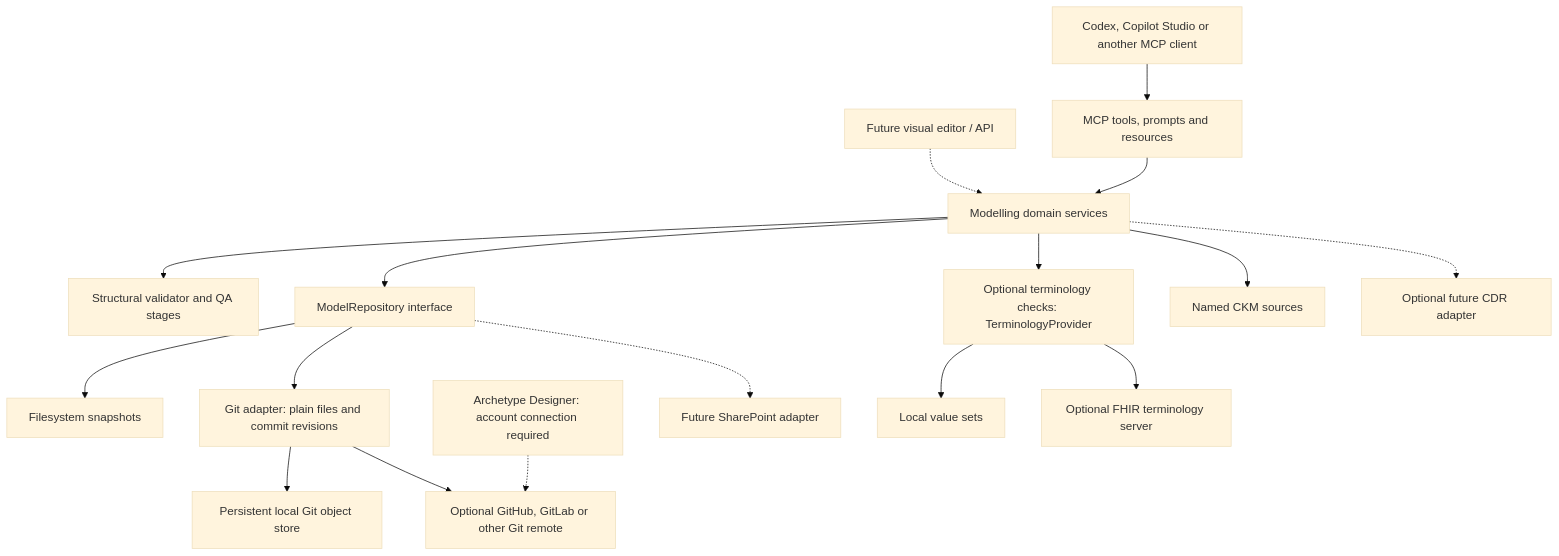
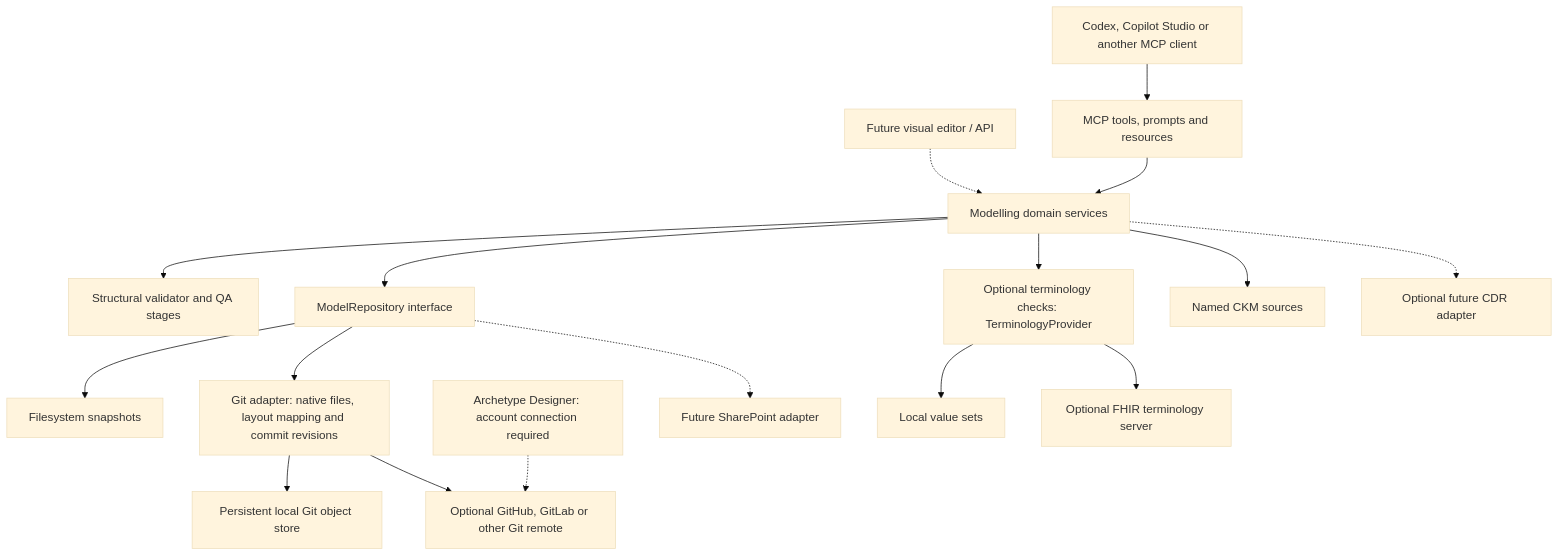
Before and after one commit to CzarMich/openehr-modelling-assistant: the diagram in docs/ARCHITECTURE.md, drawn with Mermaid (base theme). The commit also changed 22 other files, not shown here.

Commit message:
feat(repository): verify native Designer layouts and update capability evidence

````diff
--- a/docs/ARCHITECTURE.md
+++ b/docs/ARCHITECTURE.md
@@ -5,19 +5,19 @@
 ```mermaid
 flowchart TB
     AI[Codex, Copilot Studio or another MCP client] --> MCP[MCP tools, prompts and resources]
     UI[Future visual editor / API] -.-> Core[Modelling domain services]
     MCP --> Core
     Core --> Validation[Structural validator and QA stages]
     Core --> Repository[ModelRepository interface]
     Repository --> FS[Filesystem snapshots]
-    Repository --> Git[Git adapter: plain files and commit revisions]
+    Repository --> Git[Git adapter: native files, layout mapping and commit revisions]
     Git --> Cache[Persistent local Git object store]
     Git --> Remote[Optional GitHub, GitLab or other Git remote]
     Designer[Archetype Designer: account connection required] -.-> Remote
     Repository -.-> SP[Future SharePoint adapter]
     Core --> Terms[Optional terminology checks: TerminologyProvider]
     Terms --> Local[Local value sets]
     Terms --> FHIR[Optional FHIR terminology server]
     Core --> CKM[Named CKM sources]
     Core -.-> CDR[Optional future CDR adapter]
 ```
````
